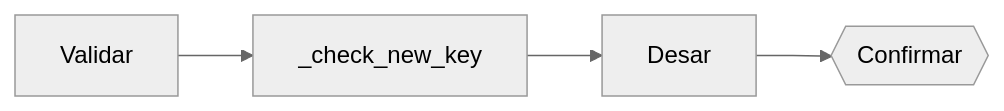
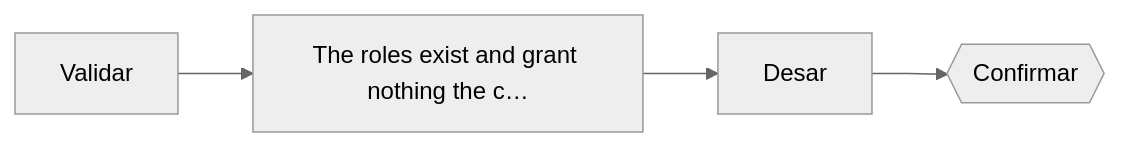
One commit to EloiSans/python-resource-engine changed the second of 2 diagrams in examples/invoices/docs/resources/authz_api_keys.md. Above: the diagram before and after it, drawn with Mermaid (neutral theme). The commit also changed other lines of this file and 41 other files, not shown here.

````diff
--- a/examples/invoices/docs/resources/authz_api_keys.md
+++ b/examples/invoices/docs/resources/authz_api_keys.md
@@ -60,10 +54,10 @@
 ```mermaid
 flowchart LR
     s0["Validar"]
-    s1["_check_new_key"]
+    s1["The roles exist and grant nothing the c…"]
     s0 --> s1
     s2["Desar"]
     s1 --> s2
     s3{{"Confirmar"}}
     s2 --> s3
 ```
````
